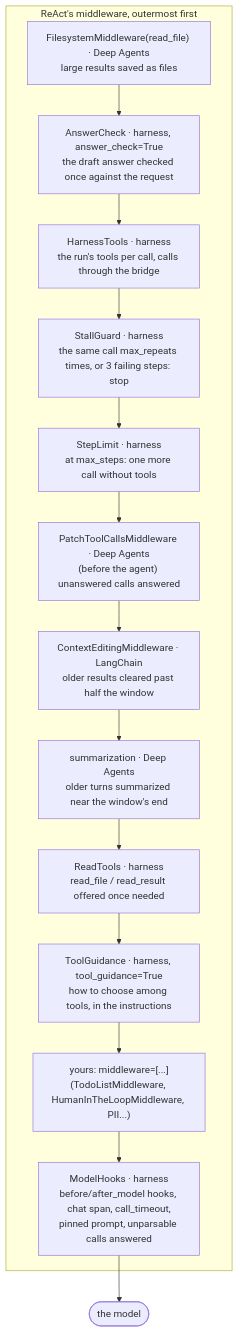
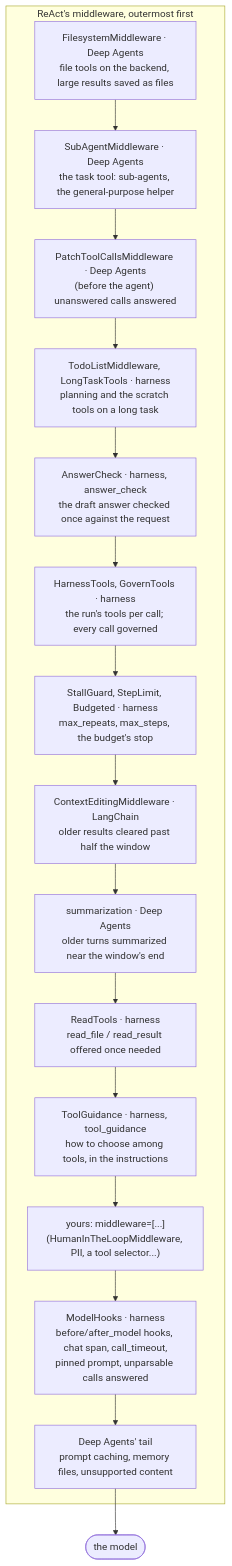
The ninth of 10 diagrams in docs/architecture.md (amitmohapatra/agent-harness), drawn with Mermaid before and after one commit. The commit also changed other lines of this file and 29 other files, not shown here.

First line of the commit message:
docs(react): ReAct on Deep Agents, middleware(), docker_sandbox; examples; live shards; 0.6.0

````diff
--- a/docs/architecture.md
+++ b/docs/architecture.md
@@ -451,18 +455,20 @@
 ```mermaid
 flowchart TB
   subgraph stack["ReAct's middleware, outermost first"]
-    fs["FilesystemMiddleware(read_file) · Deep Agents<br/>large results saved as files"]
-    ac["AnswerCheck · harness, answer_check=True<br/>the draft answer checked once against the request"]
-    ht["HarnessTools · harness<br/>the run's tools per call, calls through the bridge"]
-    sg["StallGuard · harness<br/>the same call max_repeats times, or 3 failing steps: stop"]
-    sl["StepLimit · harness<br/>at max_steps: one more call without tools"]
+    fs["FilesystemMiddleware · Deep Agents<br/>file tools on the backend, large results saved as files"]
+    sa["SubAgentMiddleware · Deep Agents<br/>the task tool: sub-agents, the general-purpose helper"]
     pt["PatchToolCallsMiddleware · Deep Agents<br/>(before the agent) unanswered calls answered"]
+    pl["TodoListMiddleware, LongTaskTools · harness<br/>planning and the scratch tools on a long task"]
+    ac["AnswerCheck · harness, answer_check<br/>the draft answer checked once against the request"]
+    ht["HarnessTools, GovernTools · harness<br/>the run's tools per call; every call governed"]
+    sg["StallGuard, StepLimit, Budgeted · harness<br/>max_repeats, max_steps, the budget's stop"]
     ce["ContextEditingMiddleware · LangChain<br/>older results cleared past half the window"]
     su["summarization · Deep Agents<br/>older turns summarized near the window's end"]
     rt["ReadTools · harness<br/>read_file / read_result offered once needed"]
-    tg["ToolGuidance · harness, tool_guidance=True<br/>how to choose among tools, in the instructions"]
-    yours["yours: middleware=[...]<br/>(TodoListMiddleware, HumanInTheLoopMiddleware, PII...)"]
+    tg["ToolGuidance · harness, tool_guidance<br/>how to choose among tools, in the instructions"]
+    yours["yours: middleware=[...]<br/>(HumanInTheLoopMiddleware, PII, a tool selector...)"]
     mh["ModelHooks · harness<br/>before/after_model hooks, chat span, call_timeout,<br/>pinned prompt, unparsable calls answered"]
+    tail["Deep Agents' tail<br/>prompt caching, memory files, unsupported content"]
   end
-  fs --> ac --> ht --> sg --> sl --> pt --> ce --> su --> rt --> tg --> yours --> mh --> model(["the model"])
+  fs --> sa --> pt --> pl --> ac --> ht --> sg --> ce --> su --> rt --> tg --> yours --> mh --> tail --> model(["the model"])
 ```
````
